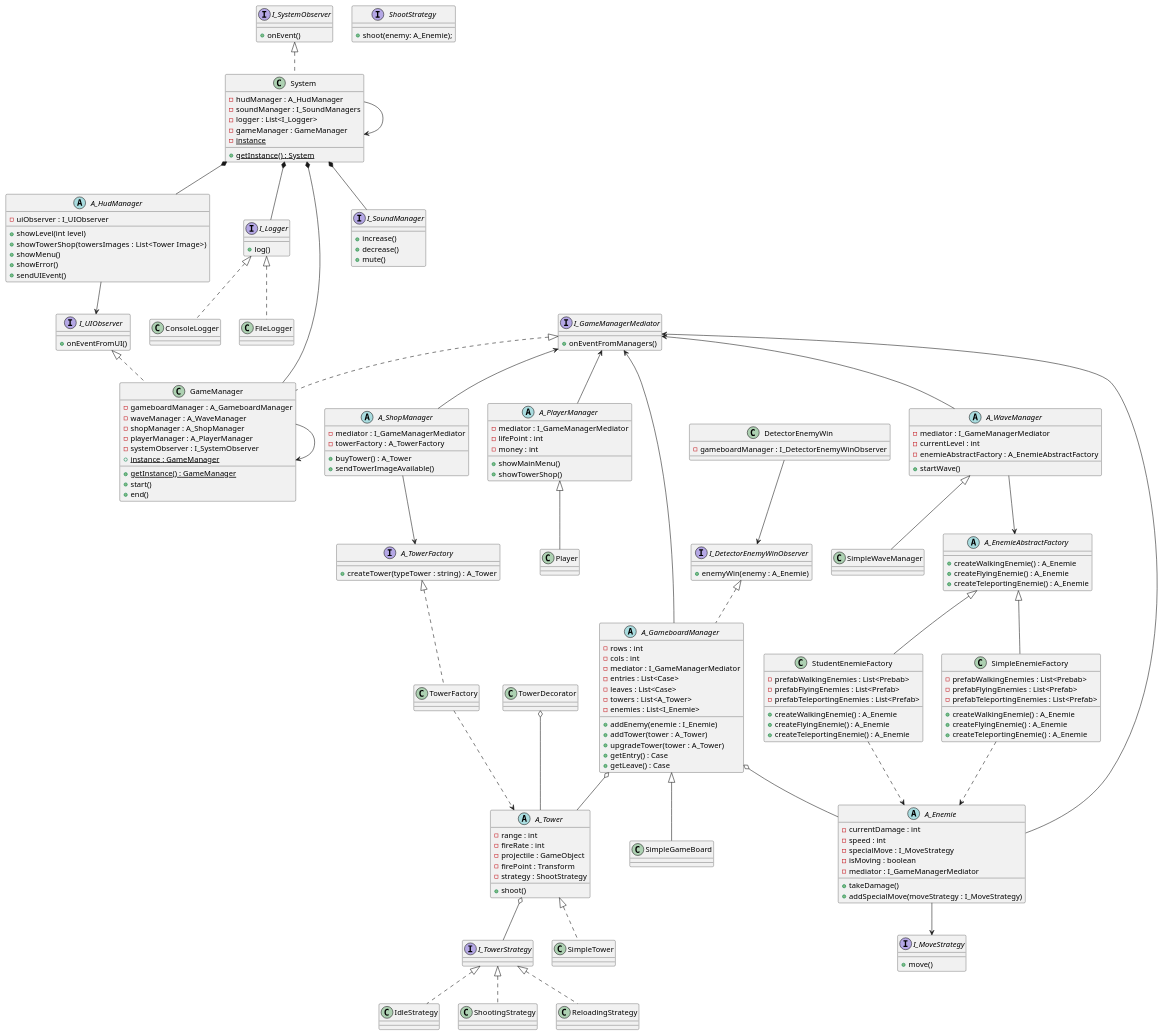
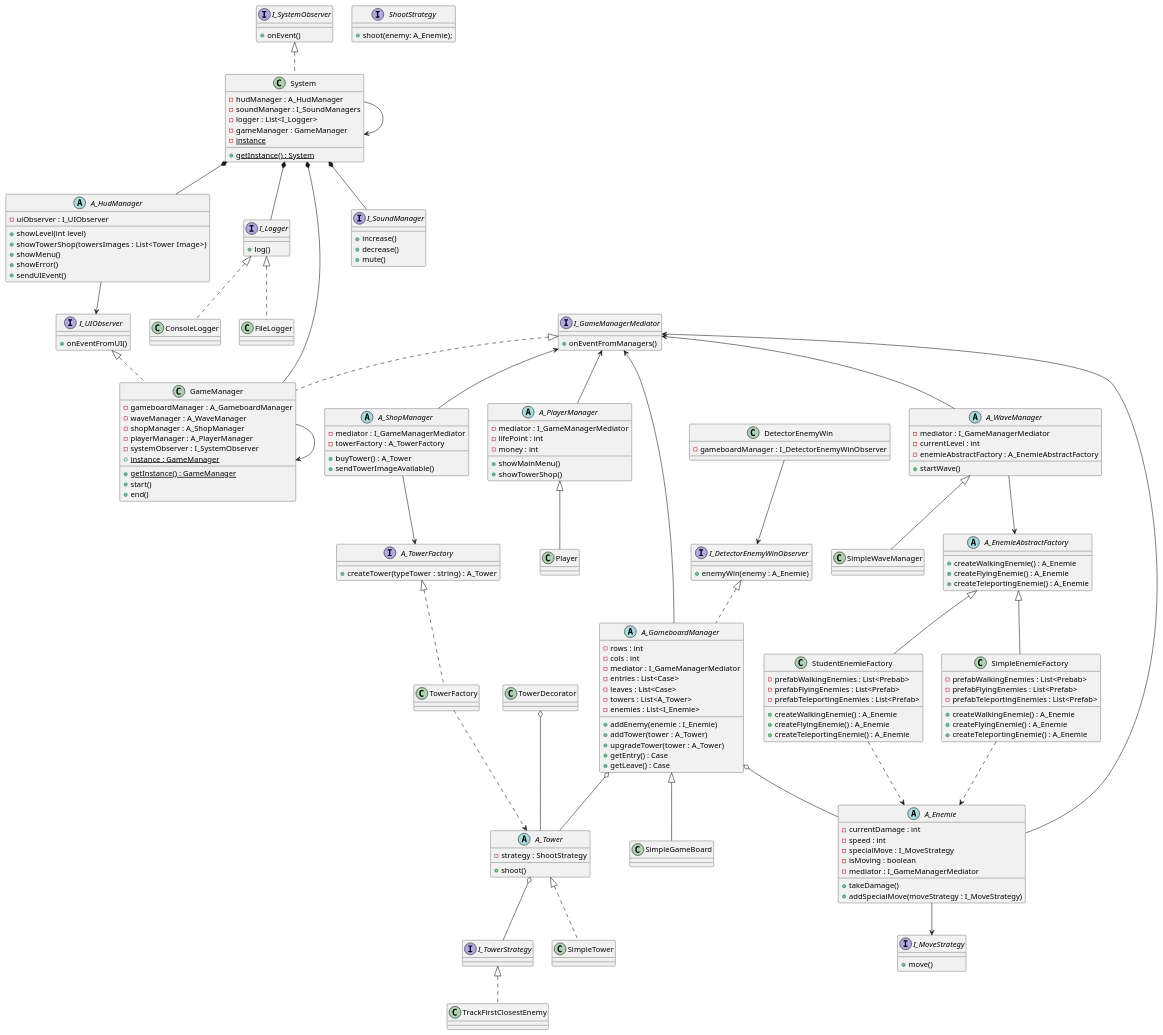
The diagram in uml.plantuml (bobylatruffe/tower_defense), drawn with PlantUML before and after one commit. The commit also changed 11 other files, not shown here.

```diff
--- a/uml.plantuml
+++ b/uml.plantuml
@@ -180,10 +180,6 @@
 TowerFactory ..> A_Tower
 
 abstract class A_Tower {
-    - range : int
-    - fireRate : int
-    - projectile : GameObject
-    - firePoint : Transform
     - strategy : ShootStrategy
     + shoot()
 }
@@ -217,15 +213,7 @@
     + shoot(enemy: A_Enemie);
 }
 
-class IdleStrategy implements I_TowerStrategy {
-    
-}
-
-class ShootingStrategy implements I_TowerStrategy {
-    
-}
-
-class ReloadingStrategy implements I_TowerStrategy {
+class TrackFirstClosestEnemy implements I_TowerStrategy {
     
 }
 
```
